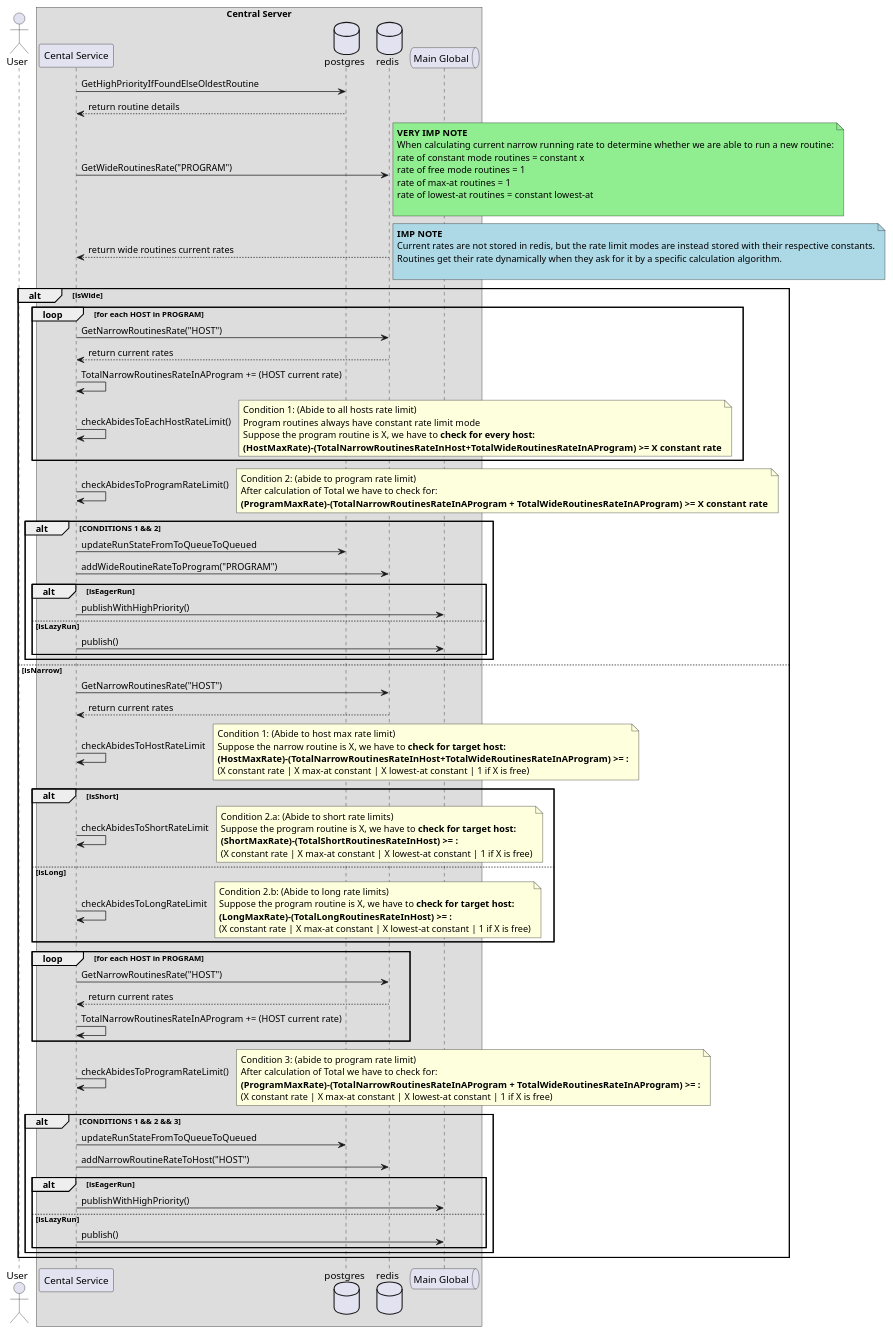
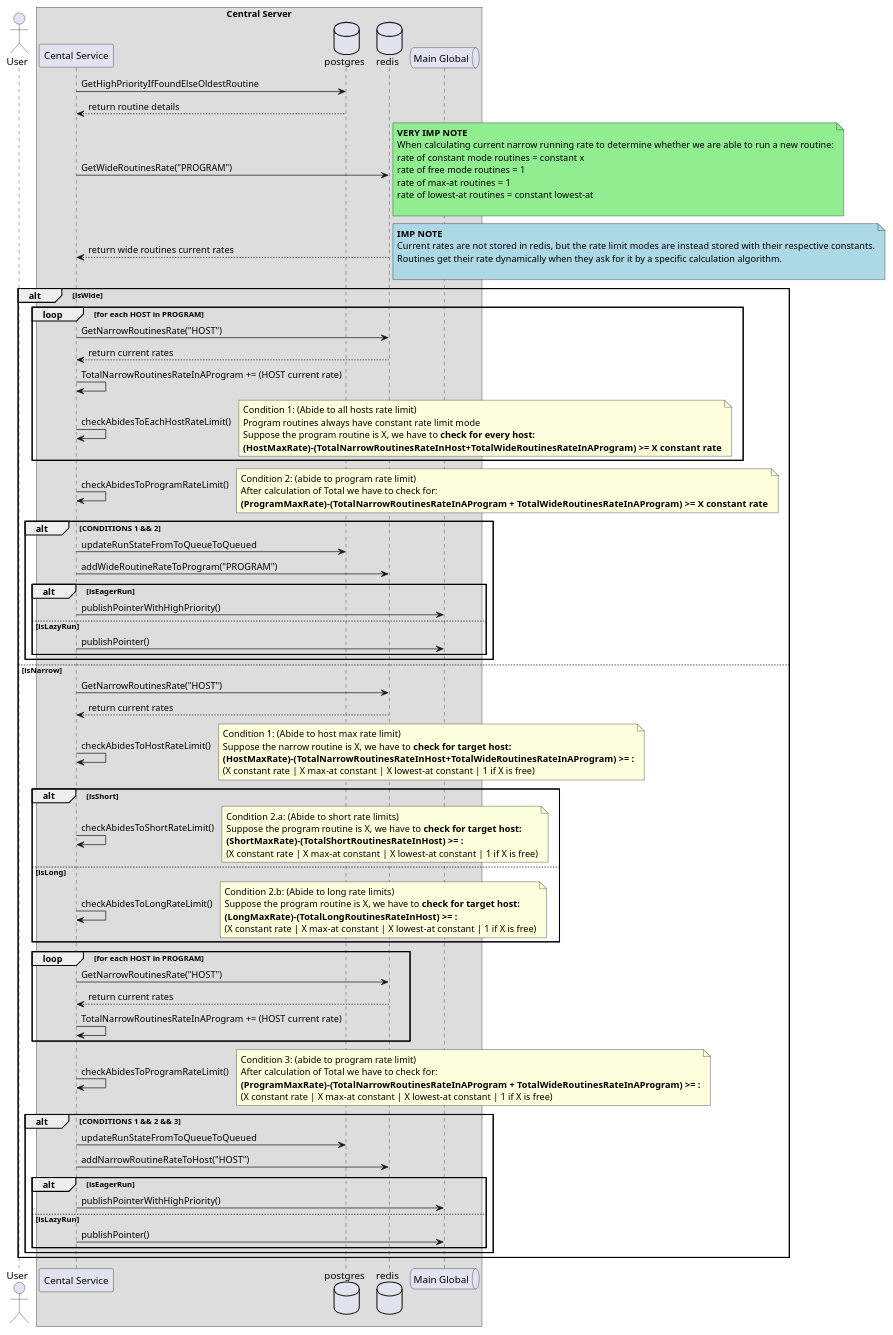
One commit to anovimous/automata changed the diagram in plan/HLD/sequence-diagrams/sync-http-run-operations.puml. Above: the diagram before and after it, drawn with PlantUML.

Commit message:
docs(routine-run-management): edited naming conventions of messages only

```diff
--- a/plan/HLD/sequence-diagrams/sync-http-run-operations.puml
+++ b/plan/HLD/sequence-diagrams/sync-http-run-operations.puml
@@ -2,118 +2,118 @@
 @startuml
 actor "User" as user
 box "Central Server"
 participant "Cental Service" as api
 database postgres
 database redis
 queue "Main Global" as mainq
 end box
 
 
 
 api -> postgres : GetHighPriorityIfFoundElseOldestRoutine
 postgres --> api: return routine details
 
 api -> redis : GetWideRoutinesRate("PROGRAM")
 note right #LightGreen
 <b>VERY IMP NOTE
 When calculating current narrow running rate to determine whether we are able to run a new routine:
 rate of constant mode routines = constant x
 rate of free mode routines = 1
 rate of max-at routines = 1
 rate of lowest-at routines = constant lowest-at
 
 end note
 redis --> api : return wide routines current rates
 note right #LightBlue
 <b>IMP NOTE
 Current rates are not stored in redis, but the rate limit modes are instead stored with their respective constants.
 Routines get their rate dynamically when they ask for it by a specific calculation algorithm.
 
 end note
 alt isWide
 loop for each HOST in PROGRAM
 api -> redis : GetNarrowRoutinesRate("HOST")
 
 redis --> api : return current rates
 api -> api: TotalNarrowRoutinesRateInAProgram += (HOST current rate)
 api -> api : checkAbidesToEachHostRateLimit()
 note right
 Condition 1: (Abide to all hosts rate limit)
 Program routines always have constant rate limit mode
 Suppose the program routine is X, we have to <b>check for every host:
 <b>(HostMaxRate)-(TotalNarrowRoutinesRateInHost+TotalWideRoutinesRateInAProgram) >= X constant rate
 end note
 end
 api -> api : checkAbidesToProgramRateLimit()
 note right
 Condition 2: (abide to program rate limit)
 After calculation of Total we have to check for:
 <b>(ProgramMaxRate)-(TotalNarrowRoutinesRateInAProgram + TotalWideRoutinesRateInAProgram) >= X constant rate
 end note
 
 alt CONDITIONS 1 && 2
 api -> postgres: updateRunStateFromToQueueToQueued
 api -> redis : addWideRoutineRateToProgram("PROGRAM")
 alt isEagerRun
-api -> mainq: publishWithHighPriority()
+api -> mainq: publishPointerWithHighPriority()
 else isLazyRun
-api -> mainq: publish()
+api -> mainq: publishPointer()
 end
 
 end
 else isNarrow
 api -> redis : GetNarrowRoutinesRate("HOST")
 
 redis --> api : return current rates
 
-api -> api : checkAbidesToHostRateLimit
+api -> api : checkAbidesToHostRateLimit()
 note right
 Condition 1: (Abide to host max rate limit)
 Suppose the narrow routine is X, we have to <b>check for target host:
 <b>(HostMaxRate)-(TotalNarrowRoutinesRateInHost+TotalWideRoutinesRateInAProgram) >= :
 (X constant rate | X max-at constant | X lowest-at constant | 1 if X is free)
 end note
 alt isShort
-api -> api : checkAbidesToShortRateLimit
+api -> api : checkAbidesToShortRateLimit()
 note right
 Condition 2.a: (Abide to short rate limits)
 Suppose the program routine is X, we have to <b>check for target host:
 <b>(ShortMaxRate)-(TotalShortRoutinesRateInHost) >= :
 (X constant rate | X max-at constant | X lowest-at constant | 1 if X is free)
 end note
 else isLong
-api -> api : checkAbidesToLongRateLimit
+api -> api : checkAbidesToLongRateLimit()
 note right
 Condition 2.b: (Abide to long rate limits)
 Suppose the program routine is X, we have to <b>check for target host:
 <b>(LongMaxRate)-(TotalLongRoutinesRateInHost) >= :
 (X constant rate | X max-at constant | X lowest-at constant | 1 if X is free)
 end note
 end
 
 loop for each HOST in PROGRAM
 api -> redis : GetNarrowRoutinesRate("HOST")
 redis --> api : return current rates
 api -> api: TotalNarrowRoutinesRateInAProgram += (HOST current rate)
 
 end
 api -> api : checkAbidesToProgramRateLimit()
 note right
 Condition 3: (abide to program rate limit)
 After calculation of Total we have to check for:
 <b>(ProgramMaxRate)-(TotalNarrowRoutinesRateInAProgram + TotalWideRoutinesRateInAProgram) >= :
 (X constant rate | X max-at constant | X lowest-at constant | 1 if X is free)
 end note
 alt CONDITIONS 1 && 2 && 3
 
 api -> postgres: updateRunStateFromToQueueToQueued
 api -> redis : addNarrowRoutineRateToHost("HOST")
 alt isEagerRun
-api -> mainq: publishWithHighPriority()
+api -> mainq: publishPointerWithHighPriority()
 else isLazyRun
-api -> mainq: publish()
+api -> mainq: publishPointer()
 end
 end
 end
 
 @enduml
```
